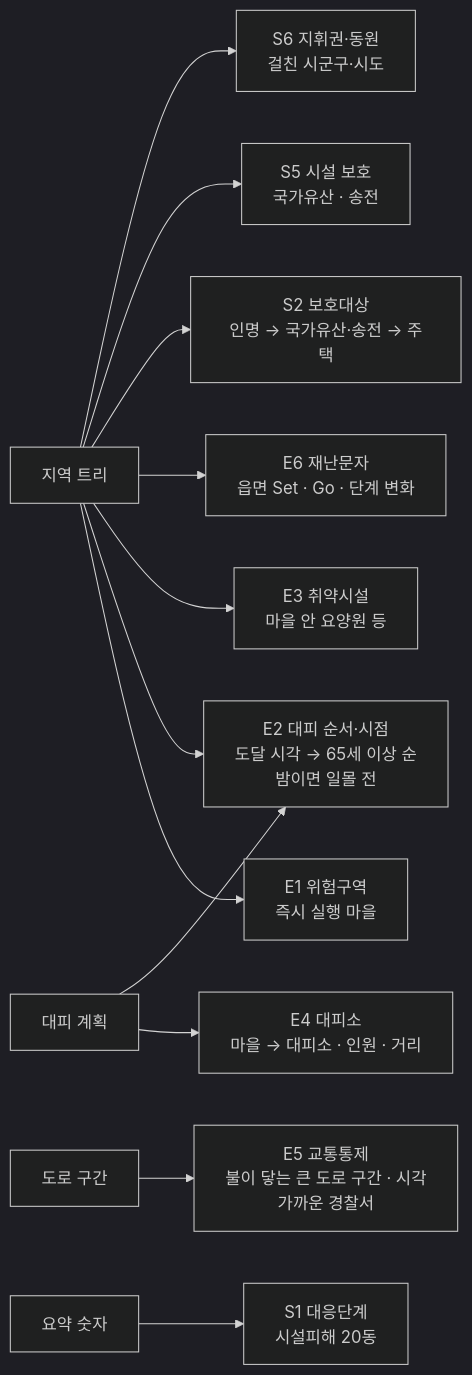
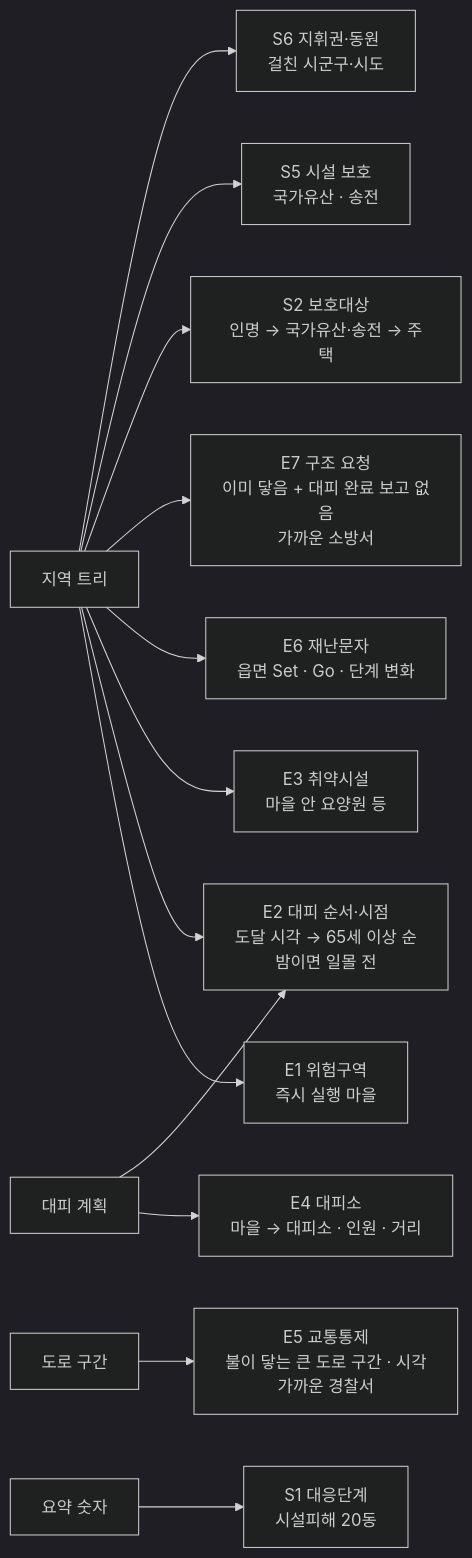
The eighth of 8 diagrams in docs/설계/규칙-엔진-설계.md (wildfire-guard-capstone/wfg-docs), drawn with Mermaid (dark theme) before and after one commit. The commit also changed other lines of this file and 1 other file, not shown here.

````diff
--- a/docs/설계/규칙-엔진-설계.md
+++ b/docs/설계/규칙-엔진-설계.md
@@ -1405,14 +1405,15 @@
 ```mermaid
 flowchart LR
     T[지역 트리] --> E1[E1 위험구역<br/>즉시 실행 마을]
     T --> E2[E2 대피 순서·시점<br/>도달 시각 → 65세 이상 순<br/>밤이면 일몰 전]
     T --> E3[E3 취약시설<br/>마을 안 요양원 등]
     EP[대피 계획] --> E4[E4 대피소<br/>마을 → 대피소 · 인원 · 거리]
     EP --> E2
     RD[도로 구간] --> E5[E5 교통통제<br/>불이 닿는 큰 도로 구간 · 시각<br/>가까운 경찰서]
     T --> E6[E6 재난문자<br/>읍면 Set · Go · 단계 변화]
+    T --> E7[E7 구조 요청<br/>이미 닿음 + 대피 완료 보고 없음<br/>가까운 소방서]
     T --> S2[S2 보호대상<br/>인명 → 국가유산·송전 → 주택]
     T --> S5[S5 시설 보호<br/>국가유산 · 송전]
     T --> S6[S6 지휘권·동원<br/>걸친 시군구·시도]
     SUM[요약 숫자] --> S1[S1 대응단계<br/>시설피해 20동]
 ```
````
